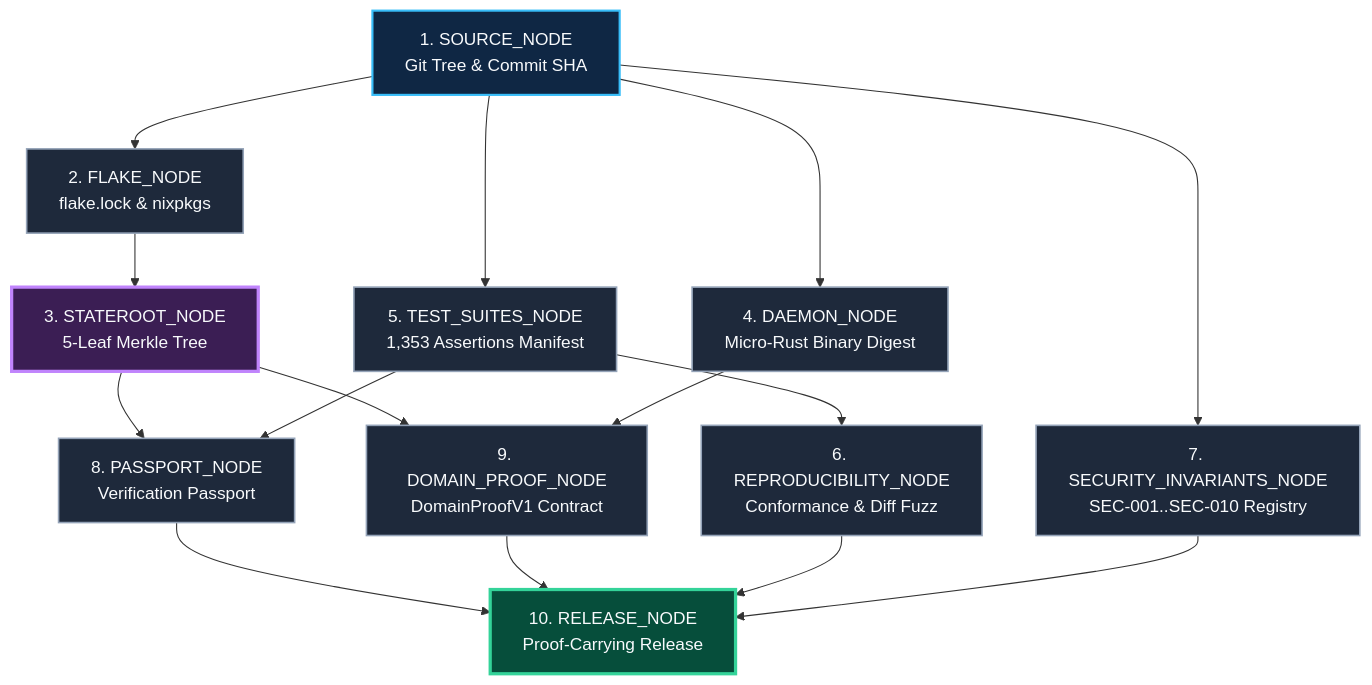
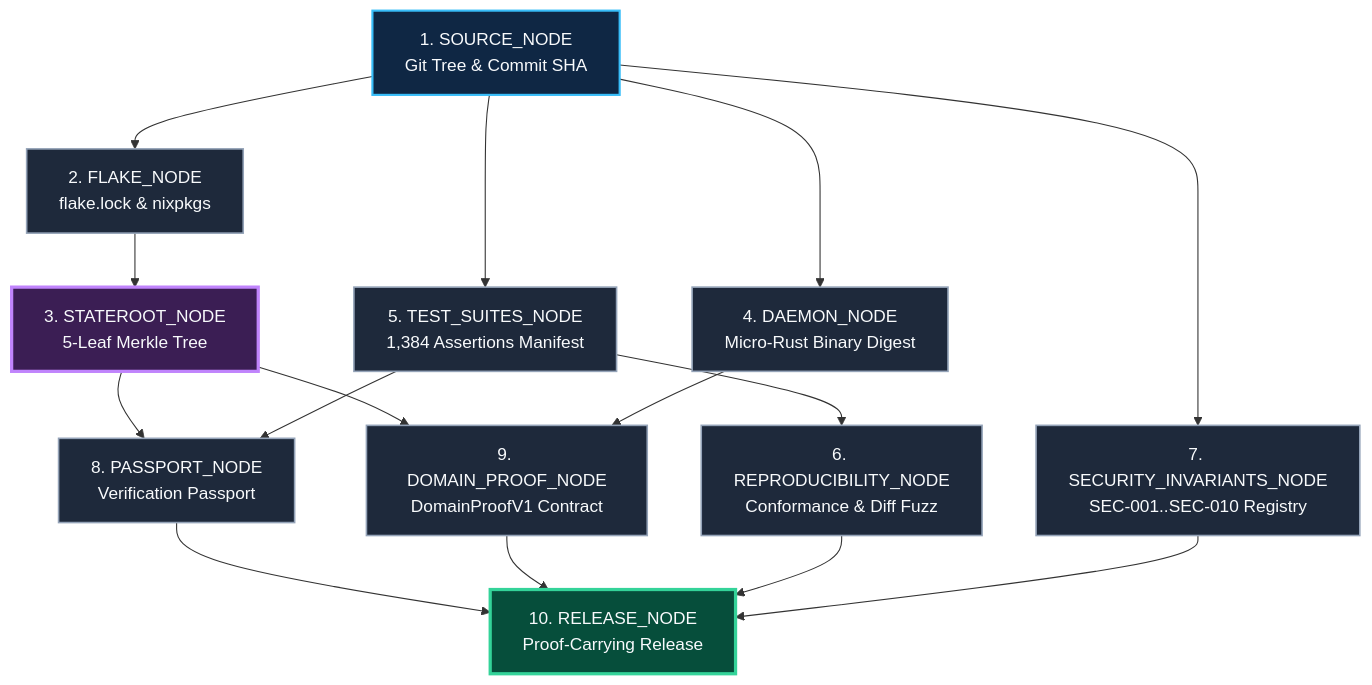
Before and after one commit to adamriofc/NeuronixOS: the seventh of 7 diagrams in README.md, drawn with Mermaid. The commit also changed other lines of this file and 12 other files, not shown here.

````diff
--- a/README.md
+++ b/README.md
@@ -1117,27 +1117,27 @@
 ```mermaid
 flowchart TD
     SOURCE["1. SOURCE_NODE<br>Git Tree & Commit SHA"]:::rootNode --> FLAKE["2. FLAKE_NODE<br>flake.lock & nixpkgs"]:::midNode
-    SOURCE --> TEST["5. TEST_SUITES_NODE<br>1,353 Assertions Manifest"]:::midNode
+    SOURCE --> TEST["5. TEST_SUITES_NODE<br>1,384 Assertions Manifest"]:::midNode
     SOURCE --> INVARIANTS["7. SECURITY_INVARIANTS_NODE<br>SEC-001..SEC-010 Registry"]:::midNode
     
     FLAKE --> STATE["3. STATEROOT_NODE<br>5-Leaf Merkle Tree"]:::stateNode
     SOURCE --> DAEMON["4. DAEMON_NODE<br>Micro-Rust Binary Digest"]:::midNode
     
     TEST --> REPRO["6. REPRODUCIBILITY_NODE<br>Conformance & Diff Fuzz"]:::midNode
     
     STATE --> PASSPORT["8. PASSPORT_NODE<br>Verification Passport"]:::midNode
     TEST --> PASSPORT
     
     STATE --> DOMAIN["9. DOMAIN_PROOF_NODE<br>DomainProofV1 Contract"]:::midNode
     DAEMON --> DOMAIN
     
     PASSPORT --> RELEASE["10. RELEASE_NODE<br>Proof-Carrying Release"]:::releaseNode
     DOMAIN --> RELEASE
     REPRO --> RELEASE
     INVARIANTS --> RELEASE
 
     classDef rootNode fill:#0f2744,stroke:#38bdf8,stroke-width:2px,color:#f8fafc;
     classDef midNode fill:#1e293b,stroke:#94a3b8,stroke-width:1.5px,color:#f8fafc;
     classDef stateNode fill:#3b1e54,stroke:#c084fc,stroke-width:3px,color:#f8fafc;
     classDef releaseNode fill:#064e3b,stroke:#34d399,stroke-width:3px,color:#f8fafc;
 ```
````
